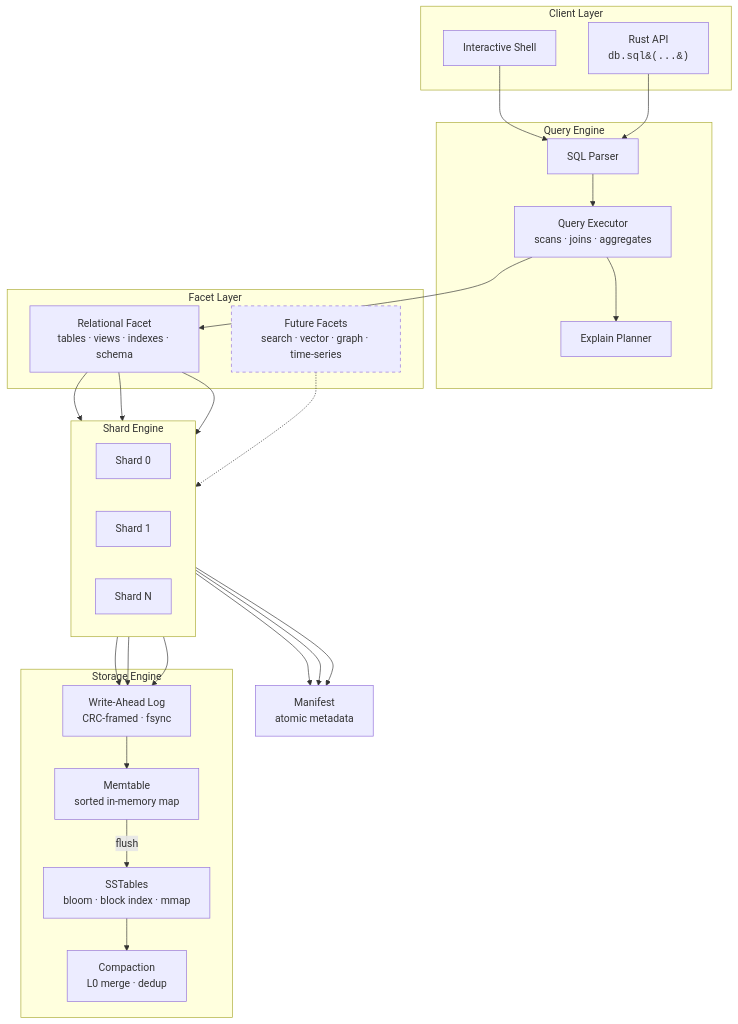
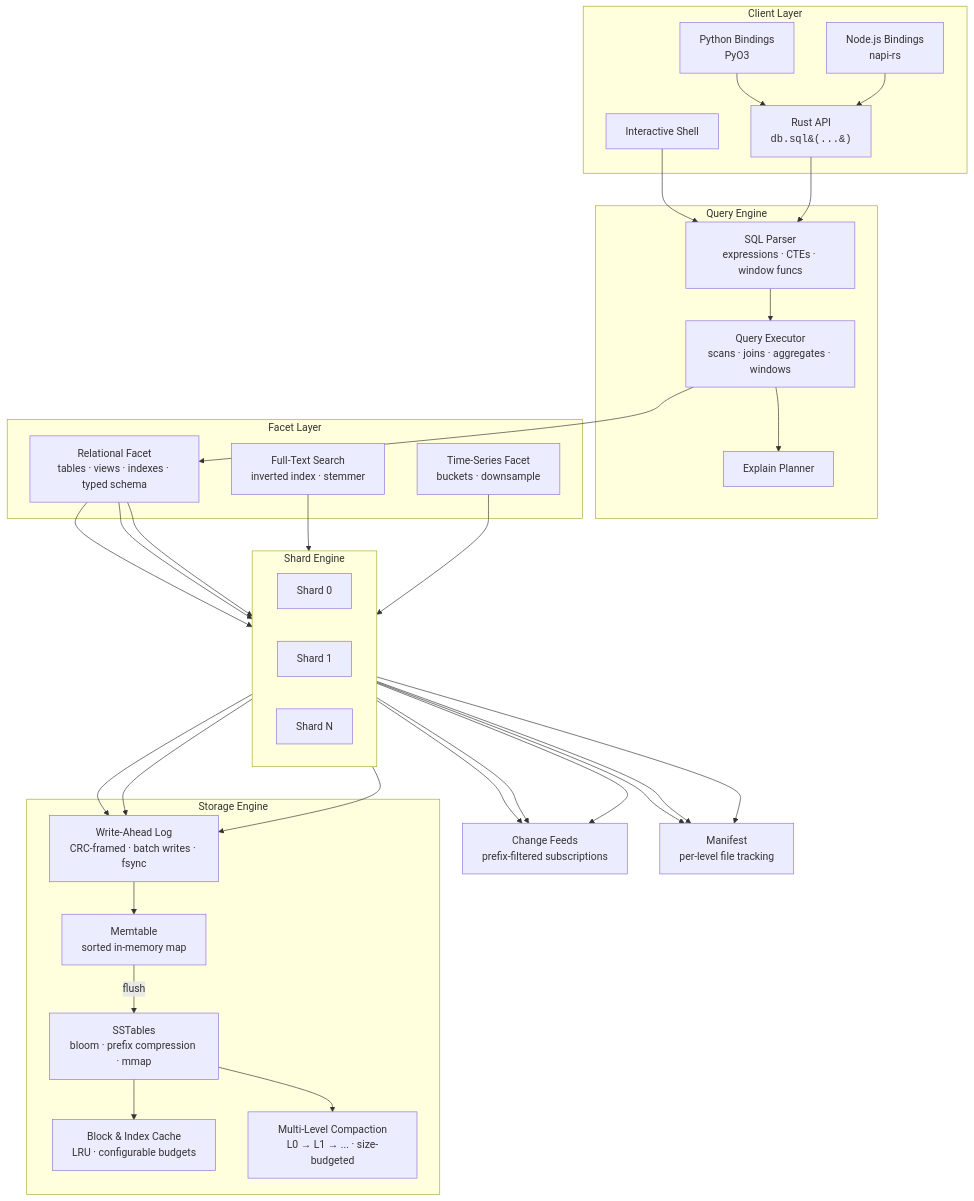
The diagram in README.md (spectra-db/SpectraDB), drawn with Mermaid before and after one commit. The commit also changed other lines of this file and 35 other files, not shown here.

````diff
--- a/README.md
+++ b/README.md
@@ -112,55 +151,66 @@
 ```mermaid
 graph TB
     subgraph Client Layer
         CLI[Interactive Shell]
         API[Rust API<br/><code>db.sql&#40;...&#41;</code>]
+        PY[Python Bindings<br/>PyO3]
+        NODE[Node.js Bindings<br/>napi-rs]
     end
 
     subgraph Query Engine
-        Parser[SQL Parser]
-        Executor[Query Executor<br/>scans · joins · aggregates]
+        Parser[SQL Parser<br/>expressions · CTEs · window funcs]
+        Executor[Query Executor<br/>scans · joins · aggregates · windows]
         Planner[Explain Planner]
     end
 
     subgraph Facet Layer
-        RF[Relational Facet<br/>tables · views · indexes · schema]
-        FF[Future Facets<br/>search · vector · graph · time-series]
+        RF[Relational Facet<br/>tables · views · indexes · typed schema]
+        FTS[Full-Text Search<br/>inverted index · stemmer]
+        TS[Time-Series Facet<br/>buckets · downsample]
     end
 
     subgraph Shard Engine
         direction LR
         S0[Shard 0]
         S1[Shard 1]
         SN[Shard N]
     end
 
+    CF[Change Feeds<br/>prefix-filtered subscriptions]
+
     subgraph Storage Engine
-        WAL[Write-Ahead Log<br/>CRC-framed · fsync]
+        WAL[Write-Ahead Log<br/>CRC-framed · batch writes · fsync]
         MT[Memtable<br/>sorted in-memory map]
-        SST[SSTables<br/>bloom · block index · mmap]
-        C[Compaction<br/>L0 merge · dedup]
+        BC[Block & Index Cache<br/>LRU · configurable budgets]
+        SST[SSTables<br/>bloom · prefix compression · mmap]
+        C[Multi-Level Compaction<br/>L0 → L1 → ... · size-budgeted]
     end
 
-    MF[Manifest<br/>atomic metadata]
+    MF[Manifest<br/>per-level file tracking]
 
     CLI --> Parser
     API --> Parser
+    PY --> API
+    NODE --> API
     Parser --> Executor
     Executor --> RF
     Executor --> Planner
     RF --> S0
     RF --> S1
     RF --> SN
-    FF -.-> S0
+    FTS --> S0
+    TS --> S0
+    S0 --> CF
+    S1 --> CF
+    SN --> CF
     S0 --> WAL
     S1 --> WAL
     SN --> WAL
     WAL --> MT
     MT -->|flush| SST
+    SST --> BC
     SST --> C
     S0 --> MF
     S1 --> MF
     SN --> MF
-
-    style FF stroke-dasharray: 5 5
 ```
````
